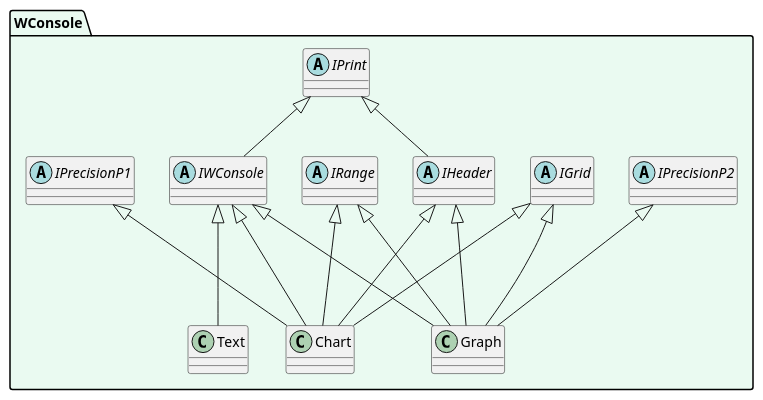
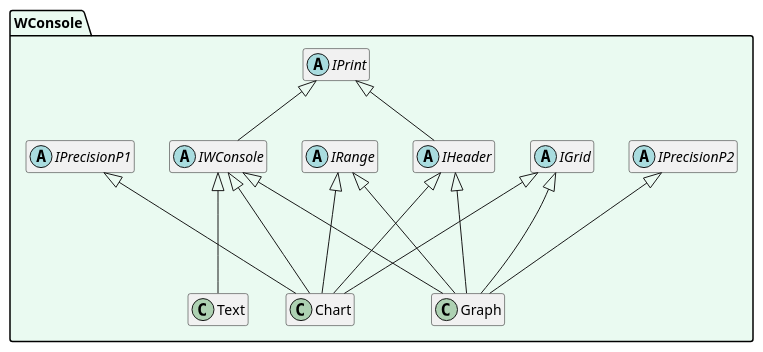
Before and after one commit to SergioStopkin/WideConsole: the diagram in doc/UMLClass.puml, drawn with PlantUML.

Commit message:
UML: Hide empty members

```diff
--- a/doc/UMLClass.puml
+++ b/doc/UMLClass.puml
@@ -1,37 +1,37 @@
 @startuml
 
-'hide empty members
+hide empty members
 
-package WConsole #EAFAF1 {
+namespace WConsole #EAFAF1 {
 
 abstract class IGrid
 abstract class IHeader
 abstract class IPrecisionP1
 abstract class IPrecisionP2
 abstract class IPrint
 abstract class IRange
 abstract class IWConsole
 class Chart
 class Graph
 class Text
 
 IPrint <|-- IHeader
 IPrint <|-- IWConsole
 
 IWConsole    <|--- Chart
 IHeader      <|--- Chart
 IPrecisionP1 <|---  Chart
 IRange       <|---  Chart
 IGrid        <|---  Chart
 
 IWConsole    <|--- Graph
 IHeader      <|--- Graph
 IPrecisionP2 <|---  Graph
 IRange       <|---  Graph
 IGrid        <|---  Graph
 
 IWConsole <|--- Text
 
 }
 
 @enduml
```
